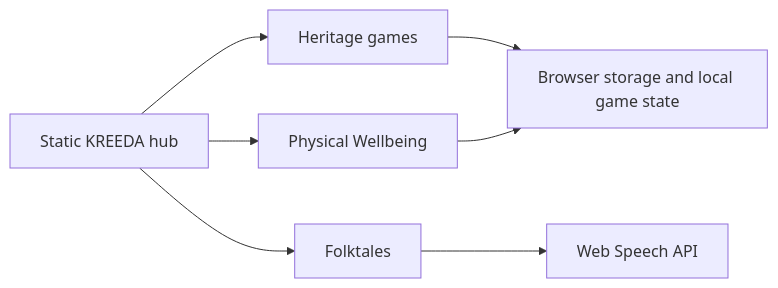
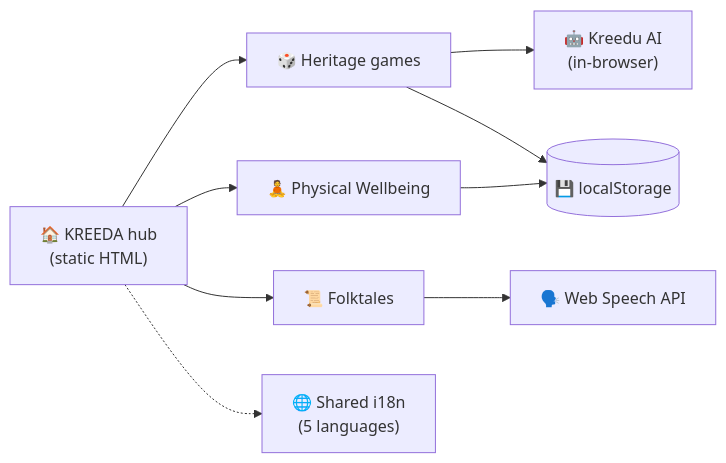
The diagram in README.md (VijayaY836/Kreeda), drawn with Mermaid before and after one commit. The commit also changed other lines of this file, not shown here.

First line of the commit message:
Rewrite README with a showcase layout for KREEDA

````diff
--- a/README.md
+++ b/README.md
@@ -58,9 +174,11 @@
 ```mermaid
 flowchart LR
-    Hub[Static KREEDA hub] --> Games[Heritage games]
-    Hub --> Wellbeing[Physical Wellbeing]
-    Hub --> Stories[Folktales]
-    Games --> Browser[Browser storage and local game state]
-    Wellbeing --> Browser
-    Stories --> Speech[Web Speech API]
+    Hub["🏠 KREEDA hub<br/>(static HTML)"] --> Games["🎲 Heritage games"]
+    Hub --> Wellbeing["🧘 Physical Wellbeing"]
+    Hub --> Stories["📜 Folktales"]
+    Hub -.-> I18n["🌐 Shared i18n<br/>(5 languages)"]
+    Games --> AI["🤖 Kreedu AI<br/>(in-browser)"]
+    Games --> Store[("💾 localStorage")]
+    Wellbeing --> Store
+    Stories --> Speech["🗣️ Web Speech API"]
 ```
````
